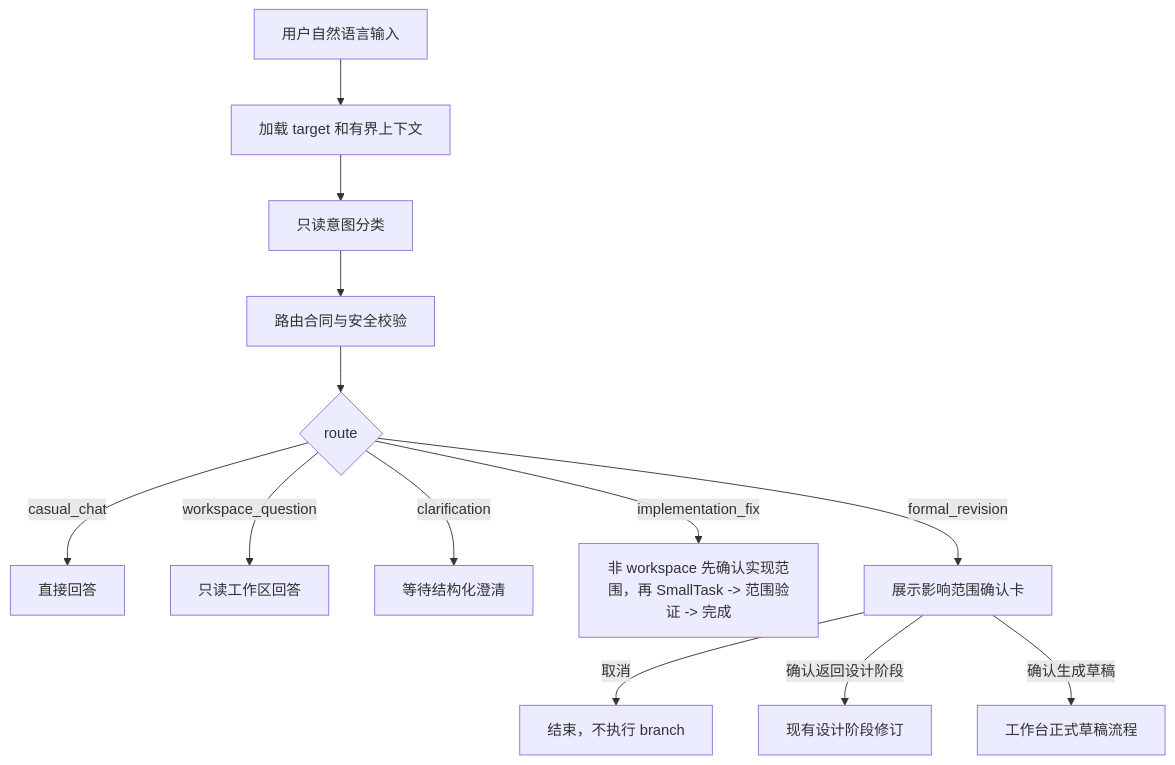
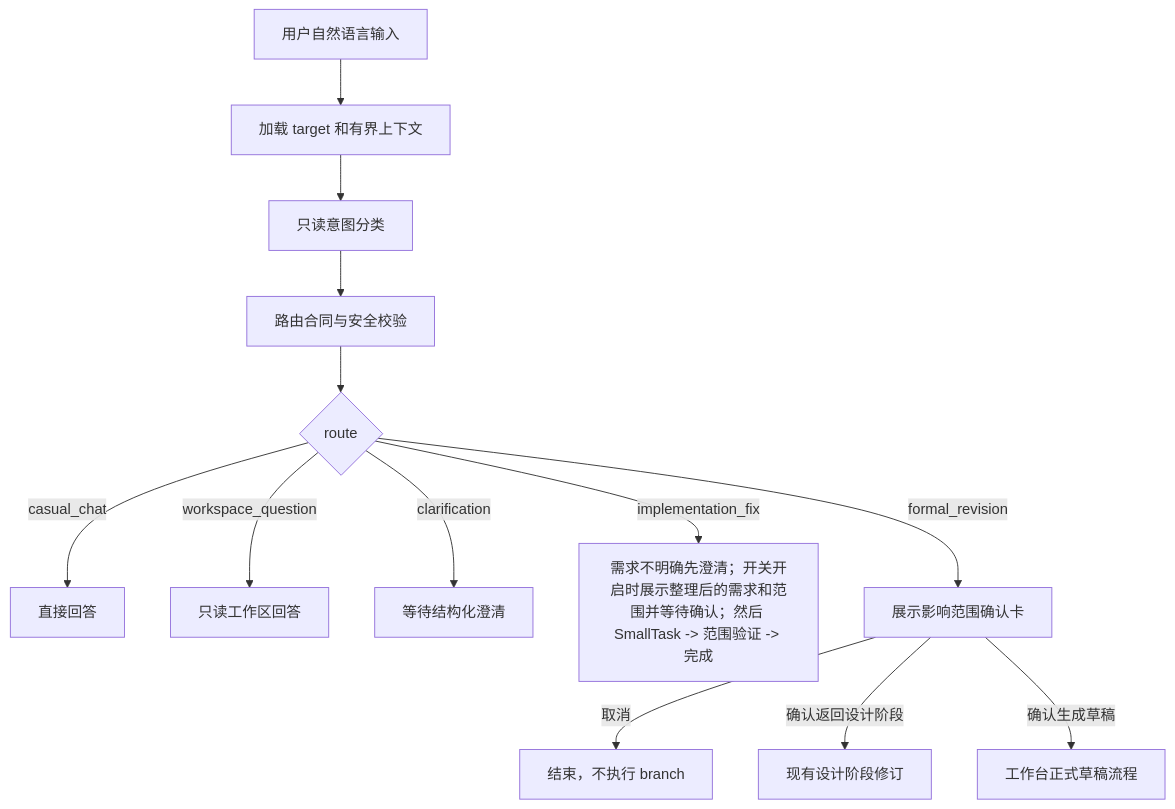
The first of 3 diagrams in docs/APPLICATION_REVISION_WORKFLOW.md (YYYWYF/XCodeAgent), drawn with Mermaid before and after one commit. The commit also changed other lines of this file and 39 other files, not shown here.

````diff
--- a/docs/APPLICATION_REVISION_WORKFLOW.md
+++ b/docs/APPLICATION_REVISION_WORKFLOW.md
@@ -323,15 +323,15 @@
 ```mermaid
 flowchart TD
     A["用户自然语言输入"] --> B["加载 target 和有界上下文"]
     B --> C["只读意图分类"]
     C --> D["路由合同与安全校验"]
     D --> E{"route"}
     E -- casual_chat --> F["直接回答"]
     E -- workspace_question --> G["只读工作区回答"]
     E -- clarification --> H["等待结构化澄清"]
-    E -- implementation_fix --> I["非 workspace 先确认实现范围，再 SmallTask -> 范围验证 -> 完成"]
+    E -- implementation_fix --> I["需求不明确先澄清；开关开启时展示整理后的需求和范围并等待确认；然后 SmallTask -> 范围验证 -> 完成"]
     E -- formal_revision --> J["展示影响范围确认卡"]
     J -- 取消 --> K["结束，不执行 branch"]
     J -- 确认返回设计阶段 --> L["现有设计阶段修订"]
     J -- 确认生成草稿 --> M["工作台正式草稿流程"]
 ```
````
